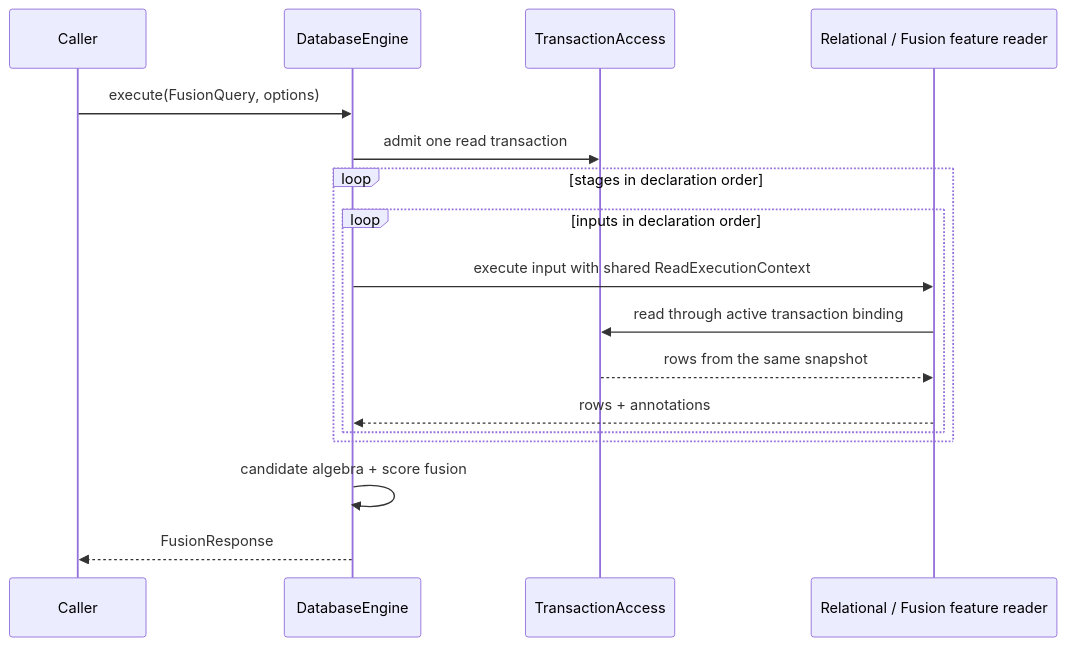
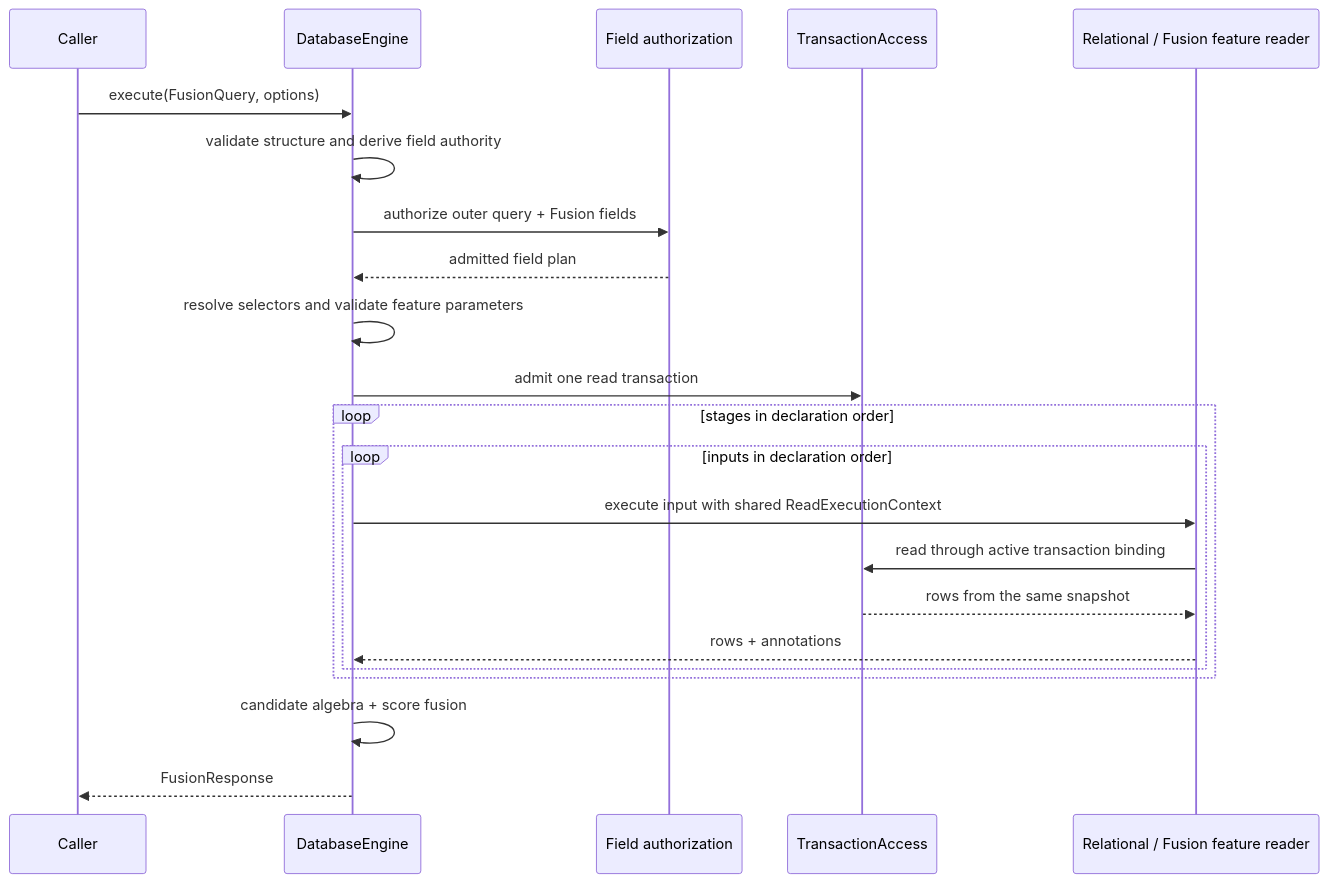
The second of 2 diagrams in docs/fusion-execution-design.md (1amageek/database-framework), drawn with Mermaid before and after one commit. The commit also changed other lines of this file and 179 other files, not shown here.

````diff
--- a/docs/fusion-execution-design.md
+++ b/docs/fusion-execution-design.md
@@ -251,20 +248,25 @@
 ```mermaid
 sequenceDiagram
     participant Caller
     participant Engine as DatabaseEngine
+    participant Auth as Field authorization
     participant Tx as TransactionAccess
     participant Reader as Relational / Fusion feature reader
 
     Caller->>Engine: execute(FusionQuery, options)
+    Engine->>Engine: validate structure and derive field authority
+    Engine->>Auth: authorize outer query + Fusion fields
+    Auth-->>Engine: admitted field plan
+    Engine->>Engine: resolve selectors and validate feature parameters
     Engine->>Tx: admit one read transaction
     loop stages in declaration order
         loop inputs in declaration order
             Engine->>Reader: execute input with shared ReadExecutionContext
             Reader->>Tx: read through active transaction binding
             Tx-->>Reader: rows from the same snapshot
             Reader-->>Engine: rows + annotations
         end
     end
     Engine->>Engine: candidate algebra + score fusion
     Engine-->>Caller: FusionResponse
 ```
````
